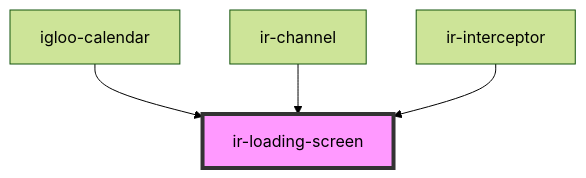
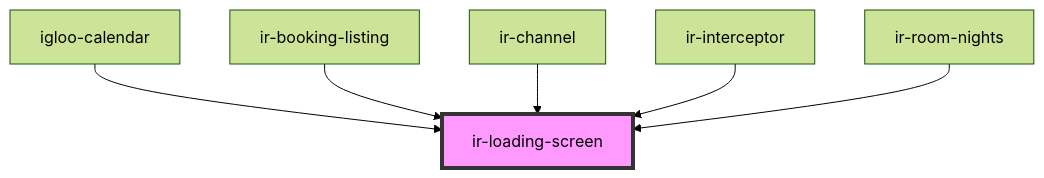
The diagram in src/components/ir-loading-screen/readme.md (David1Chowaifaty/modified-ir-webcmp), drawn with Mermaid (forest theme) before and after one commit. The commit also changed other lines of this file and 47 other files, not shown here.

Commit message:
still working on the booking listing

````diff
--- a/src/components/ir-loading-screen/readme.md
+++ b/src/components/ir-loading-screen/readme.md
@@ -24,7 +26,9 @@
 ```mermaid
 graph TD;
   igloo-calendar --> ir-loading-screen
+  ir-booking-listing --> ir-loading-screen
   ir-channel --> ir-loading-screen
   ir-interceptor --> ir-loading-screen
+  ir-room-nights --> ir-loading-screen
   style ir-loading-screen fill:#f9f,stroke:#333,stroke-width:4px
 ```
````
